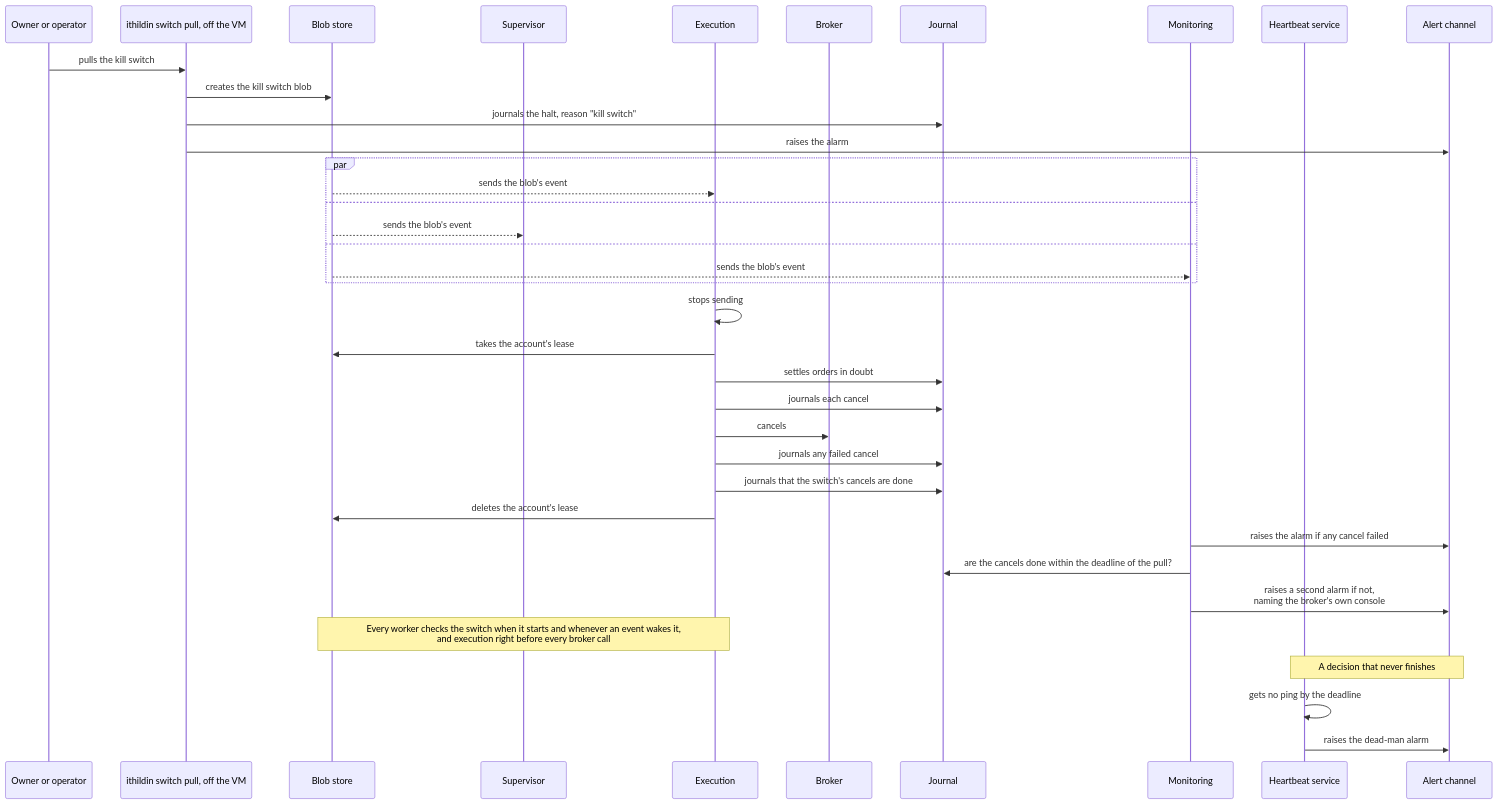
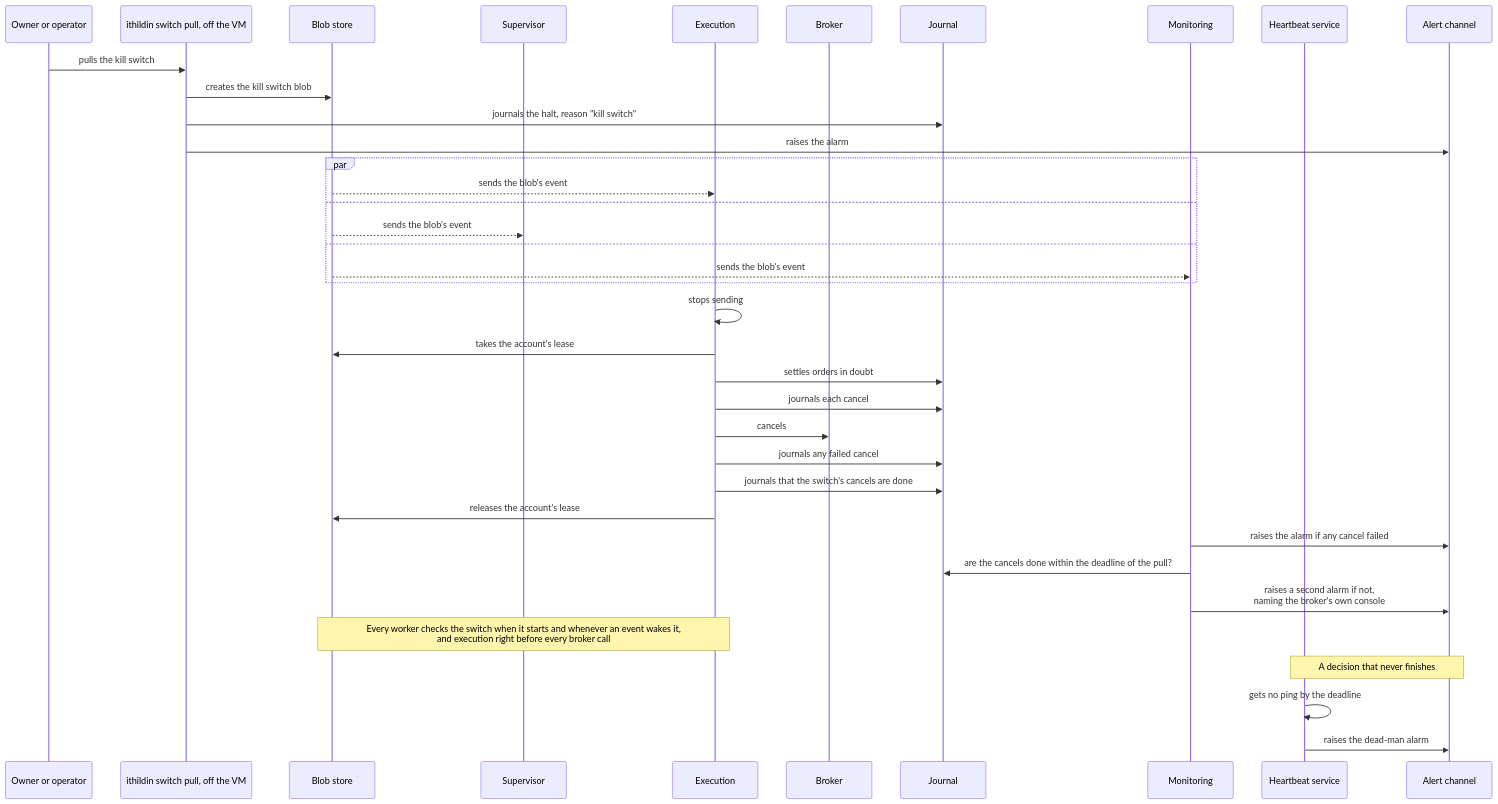
One commit to l3a0/ithildin-runtime changed diagram 26 of 35 in docs/architecture.md. Above: the diagram before and after it, drawn with Mermaid. The commit also changed other lines of this file and 2 other files, not shown here.

First line of the commit message:
docs: keep an account's lease in place between holders

````diff
--- a/docs/architecture.md
+++ b/docs/architecture.md
@@ -1444,41 +1444,41 @@
 ```mermaid
 sequenceDiagram
     participant P as Owner or operator
     participant K as ithildin switch pull, off the VM
     participant F as Blob store
     participant V as Supervisor
     participant X as Execution
     participant B as Broker
     participant J as Journal
     participant M as Monitoring
     participant H as Heartbeat service
     participant A as Alert channel
 
     P->>K: pulls the kill switch
     K->>F: creates the kill switch blob
     K->>J: journals the halt, reason "kill switch"
     K->>A: raises the alarm
     par
         F-->>X: sends the blob's event
     and
         F-->>V: sends the blob's event
     and
         F-->>M: sends the blob's event
     end
     X->>X: stops sending
     X->>F: takes the account's lease
     X->>J: settles orders in doubt
     X->>J: journals each cancel
     X->>B: cancels
     X->>J: journals any failed cancel
     X->>J: journals that the switch's cancels are done
-    X->>F: deletes the account's lease
+    X->>F: releases the account's lease
     M->>A: raises the alarm if any cancel failed
     M->>J: are the cancels done within the deadline of the pull?
     M->>A: raises a second alarm if not,<br/>naming the broker's own console
     Note over F,X: Every worker checks the switch when it starts and whenever an event wakes it,<br/>and execution right before every broker call
 
     Note over H,A: A decision that never finishes
     H->>H: gets no ping by the deadline
     H->>A: raises the dead-man alarm
 ```
````
